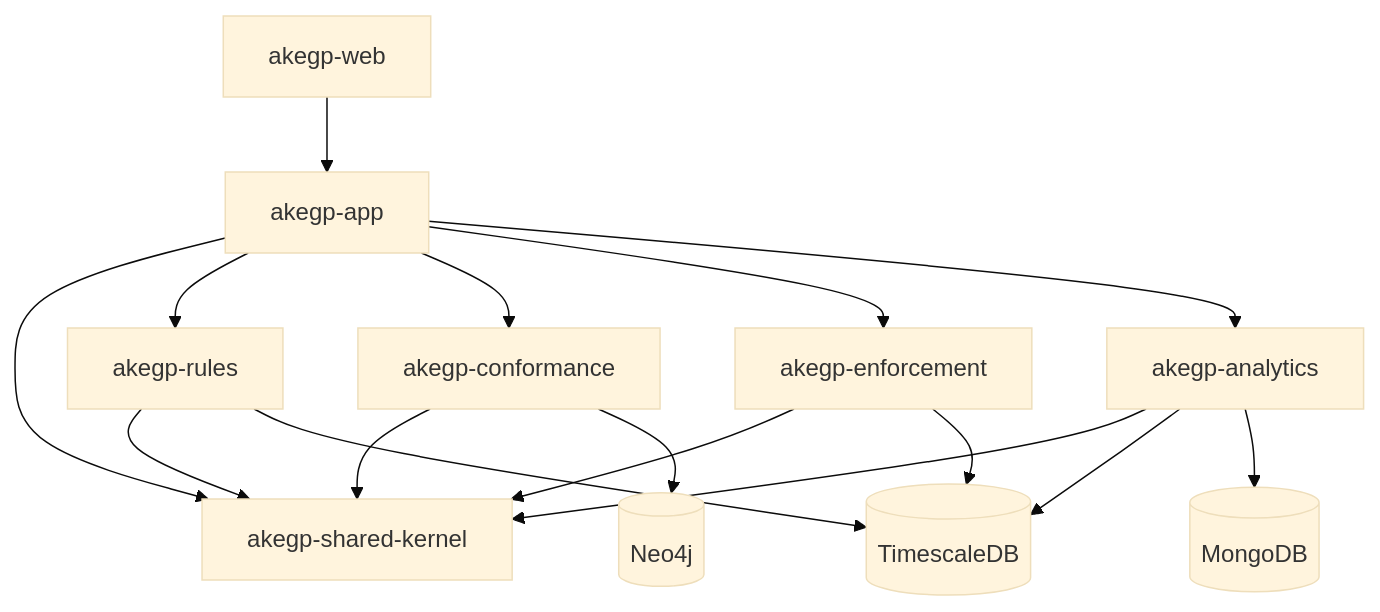
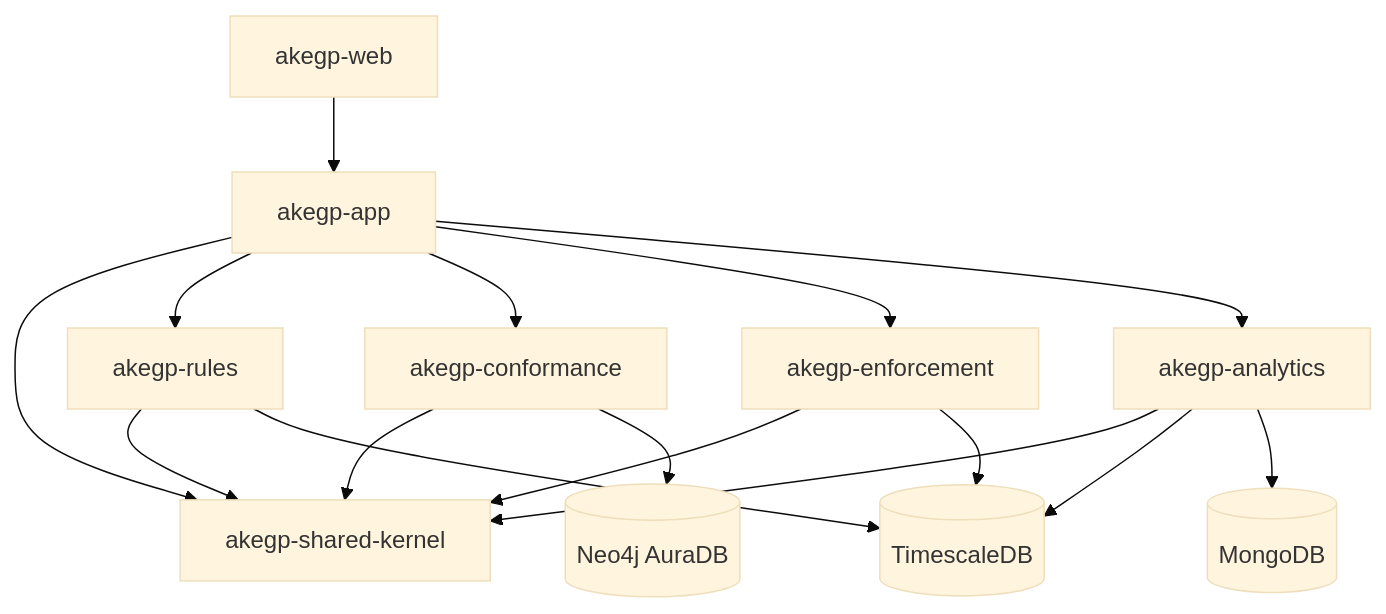
Before and after one commit to SahanMedhawa/J26-SE-346: the diagram in README.md, drawn with Mermaid (base theme). The commit also changed other lines of this file and 16 other files, not shown here.

````diff
--- a/README.md
+++ b/README.md
@@ -16,18 +21,18 @@
 ```mermaid
 graph TD
   Web[akegp-web] --> App[akegp-app]
   App --> Shared[akegp-shared-kernel]
   App --> Rules[akegp-rules]
   App --> Conformance[akegp-conformance]
   App --> Enforcement[akegp-enforcement]
   App --> Analytics[akegp-analytics]
   Rules --> Shared
   Conformance --> Shared
   Enforcement --> Shared
   Analytics --> Shared
   Rules --> Timescale[(TimescaleDB)]
   Enforcement --> Timescale
   Analytics --> Timescale
-  Conformance --> Neo4j[(Neo4j)]
+  Conformance --> Aura[(Neo4j AuraDB)]
   Analytics --> Mongo[(MongoDB)]
 ```
````
